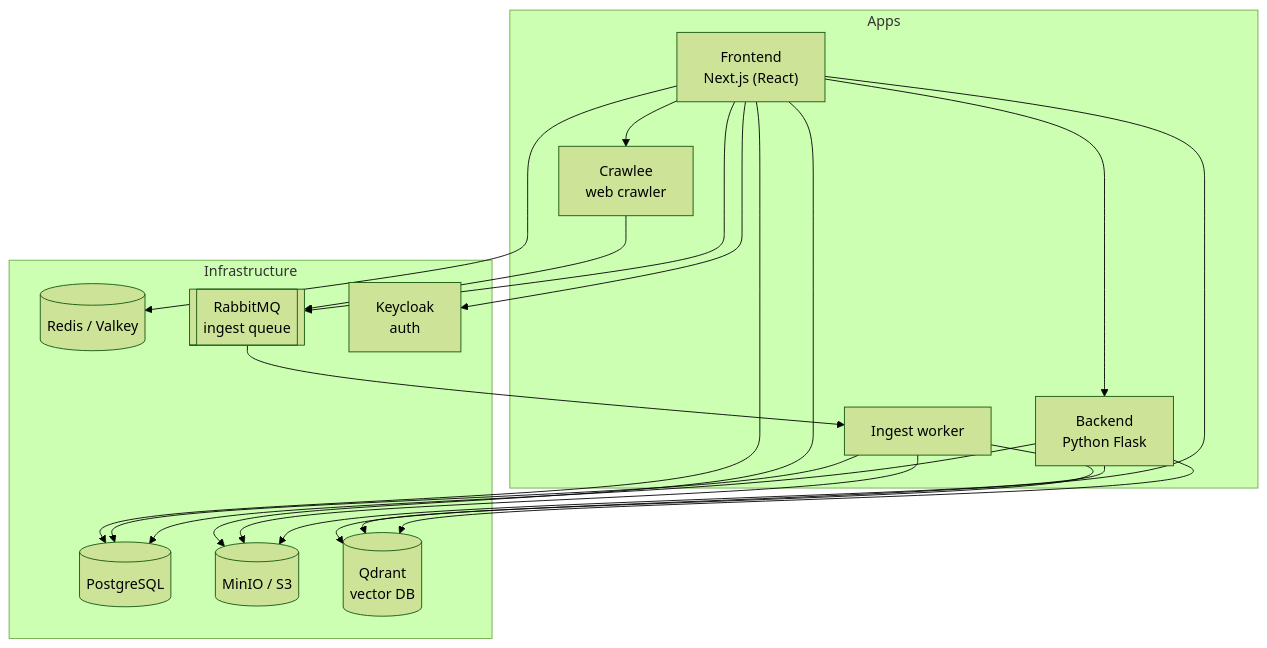
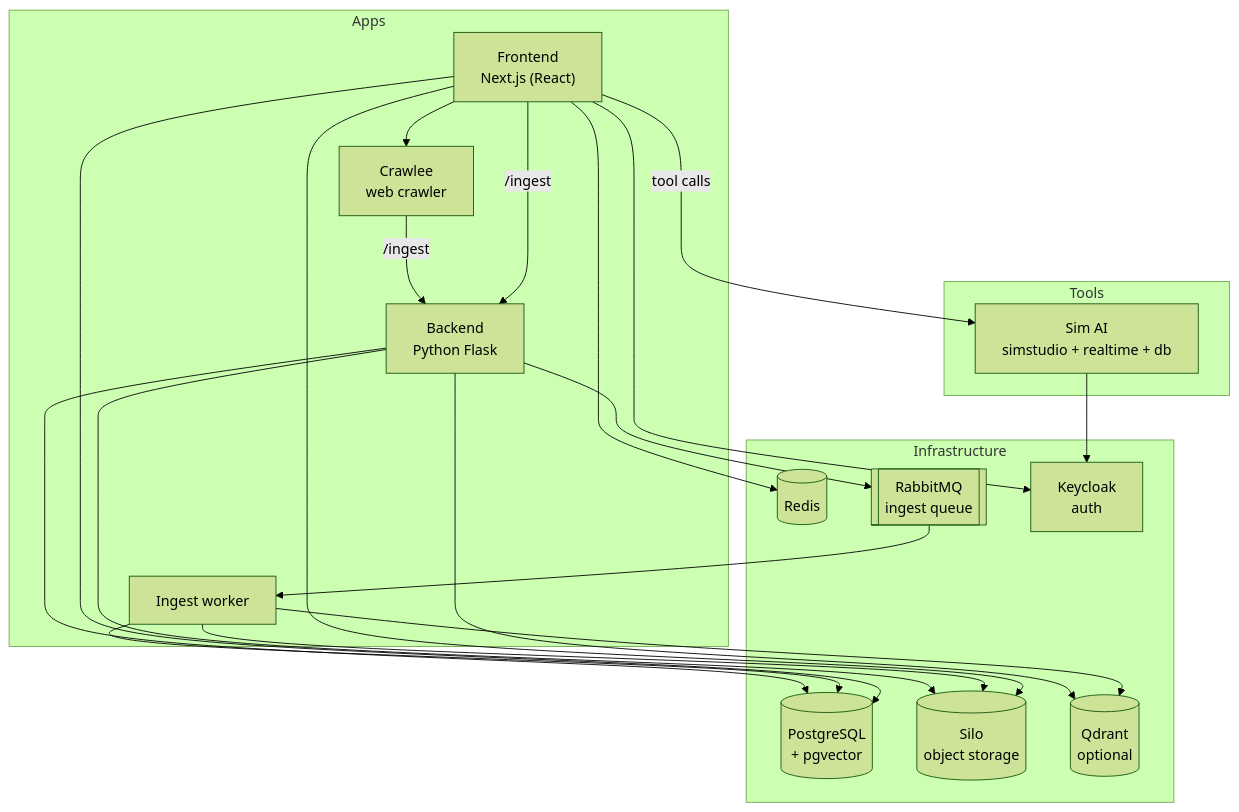
One commit to Center-for-AI-Innovation/Illinois-Chat changed the diagram in docs/self-hosting/architecture.md. Above: the diagram before and after it, drawn with Mermaid (forest theme). The commit also changed other lines of this file and 10 other files, not shown here.

````diff
--- a/docs/self-hosting/architecture.md
+++ b/docs/self-hosting/architecture.md
@@ -9,25 +7,30 @@
 ```mermaid
 flowchart TB
     subgraph Apps
         FE["Frontend<br/>Next.js (React)"]
         BE["Backend<br/>Python Flask"]
         CW["Crawlee<br/>web crawler"]
         WK["Ingest worker"]
     end
     subgraph Infrastructure
-        PG[(PostgreSQL)]
-        MO[(MinIO / S3)]
-        QD[(Qdrant<br/>vector DB)]
-        RD[(Redis / Valkey)]
+        PG[(PostgreSQL<br/>+ pgvector)]
+        MO[(Silo<br/>object storage)]
+        RD[(Redis)]
         MQ[[RabbitMQ<br/>ingest queue]]
         KC[Keycloak<br/>auth]
+        QD[(Qdrant<br/>optional)]
     end
-    FE --> PG & MO & QD & RD & KC
-    FE --> BE
+    subgraph Tools
+        SIM["Sim AI<br/>simstudio + realtime + db"]
+    end
+    FE --> PG & MO & RD & KC
+    FE -->|/ingest| BE
     FE --> CW
-    CW --> MQ
-    FE --> MQ
+    CW -->|/ingest| BE
+    BE --> MQ
     MQ --> WK
     WK --> PG & MO & QD
     BE --> PG & MO & QD
+    FE -->|tool calls| SIM
+    SIM --> KC
 ```
````
